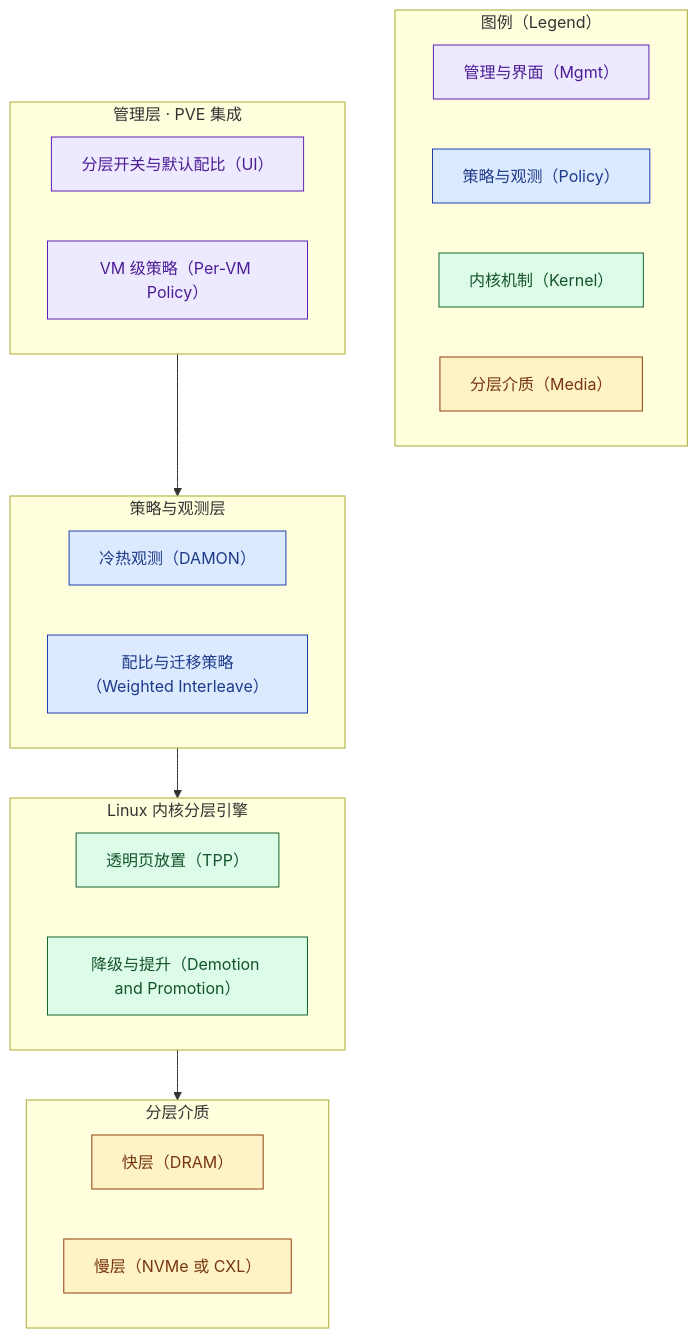
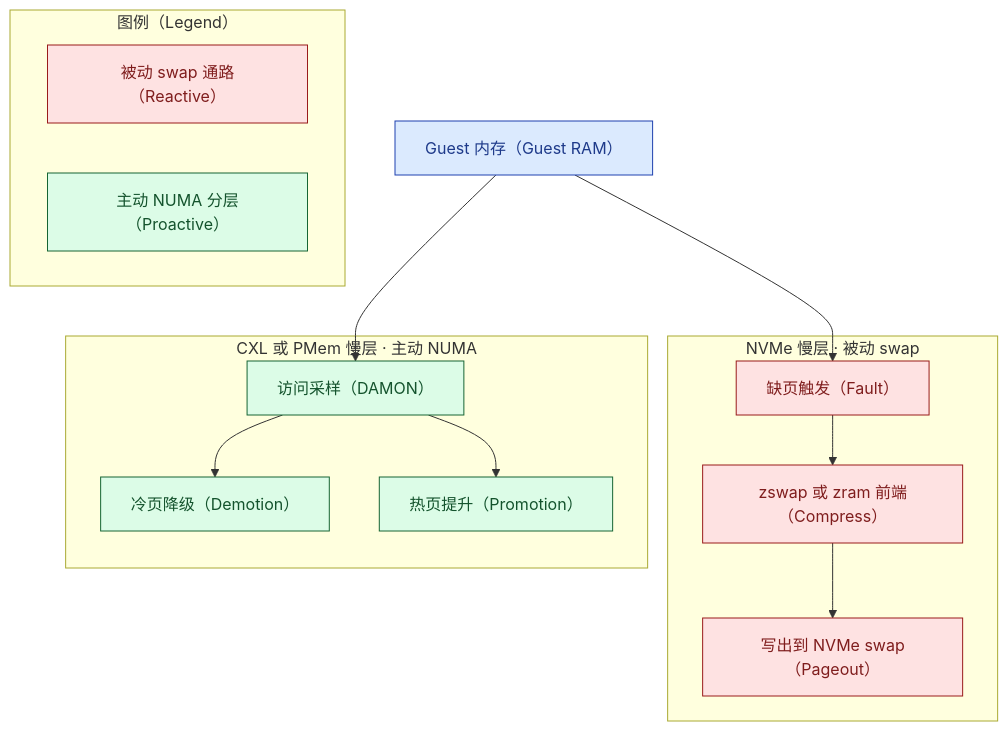
Before and after one commit to turtacn/storm: the second of 4 diagrams in docs/harness-sop/examples/memory-tiring-p2v/report.md, drawn with Mermaid. The commit also changed other lines of this file and 7 other files, not shown here.

````diff
--- a/docs/harness-sop/examples/memory-tiring-p2v/report.md
+++ b/docs/harness-sop/examples/memory-tiring-p2v/report.md
@@ -150,33 +186,27 @@
 ```mermaid
 graph TD
-    %% 图例置顶，技术场景专业配色
+    %% 两条分层数据通路：机制不同，分别评估
     subgraph LG[图例（Legend）]
-        L1[管理与界面（Mgmt）]:::mgmtCls
-        L2[策略与观测（Policy）]:::polCls
-        L3[内核机制（Kernel）]:::kerCls
-        L4[分层介质（Media）]:::medCls
+        LSWAP[被动 swap 通路（Reactive）]:::swapCls
+        LNUMA[主动 NUMA 分层（Proactive）]:::numaCls
     end
-    subgraph UI[管理层 · PVE 集成]
-        A1[分层开关与默认配比（UI）]:::mgmtCls
-        A2[VM 级策略（Per-VM Policy）]:::mgmtCls
+    G[Guest 内存（Guest RAM）]:::hostCls
+    subgraph NV[NVMe 慢层 · 被动 swap]
+        S1[缺页触发（Fault）]:::swapCls
+        S2[zswap 或 zram 前端（Compress）]:::swapCls
+        S3[写出到 NVMe swap（Pageout）]:::swapCls
+        S1 --> S2 --> S3
     end
-    subgraph POL[策略与观测层]
-        B1[冷热观测（DAMON）]:::polCls
-        B2[配比与迁移策略（Weighted Interleave）]:::polCls
+    subgraph CX[CXL 或 PMem 慢层 · 主动 NUMA]
+        C1[访问采样（DAMON）]:::numaCls
+        C2[冷页降级（Demotion）]:::numaCls
+        C3[热页提升（Promotion）]:::numaCls
+        C1 --> C2
+        C1 --> C3
     end
-    subgraph KER[Linux 内核分层引擎]
-        C1[透明页放置（TPP）]:::kerCls
-        C2[降级与提升（Demotion and Promotion）]:::kerCls
-    end
-    subgraph MED[分层介质]
-        D1[快层（DRAM）]:::medCls
-        D2[慢层（NVMe 或 CXL）]:::medCls
-    end
-    UI --> POL
-    POL --> KER
-    KER --> MED
-    classDef mgmtCls fill:#ede9fe,stroke:#5b21b6,color:#4c1d95;
-    classDef polCls fill:#dbeafe,stroke:#1e40af,color:#1e3a8a;
-    classDef kerCls fill:#dcfce7,stroke:#166534,color:#14532d;
-    classDef medCls fill:#fef3c7,stroke:#92400e,color:#78350f;
+    G --> S1
+    G --> C1
+    classDef swapCls fill:#fee2e2,stroke:#991b1b,color:#7f1d1d;
+    classDef numaCls fill:#dcfce7,stroke:#166534,color:#14532d;
+    classDef hostCls fill:#dbeafe,stroke:#1e40af,color:#1e3a8a;
 ```
````
